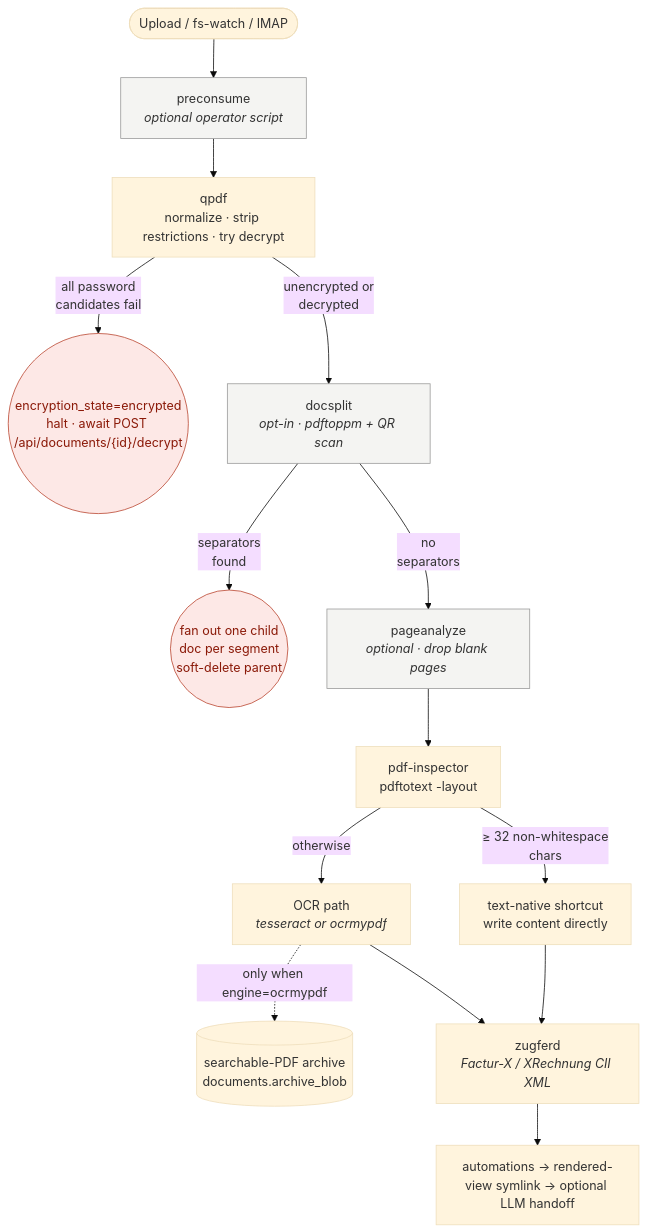
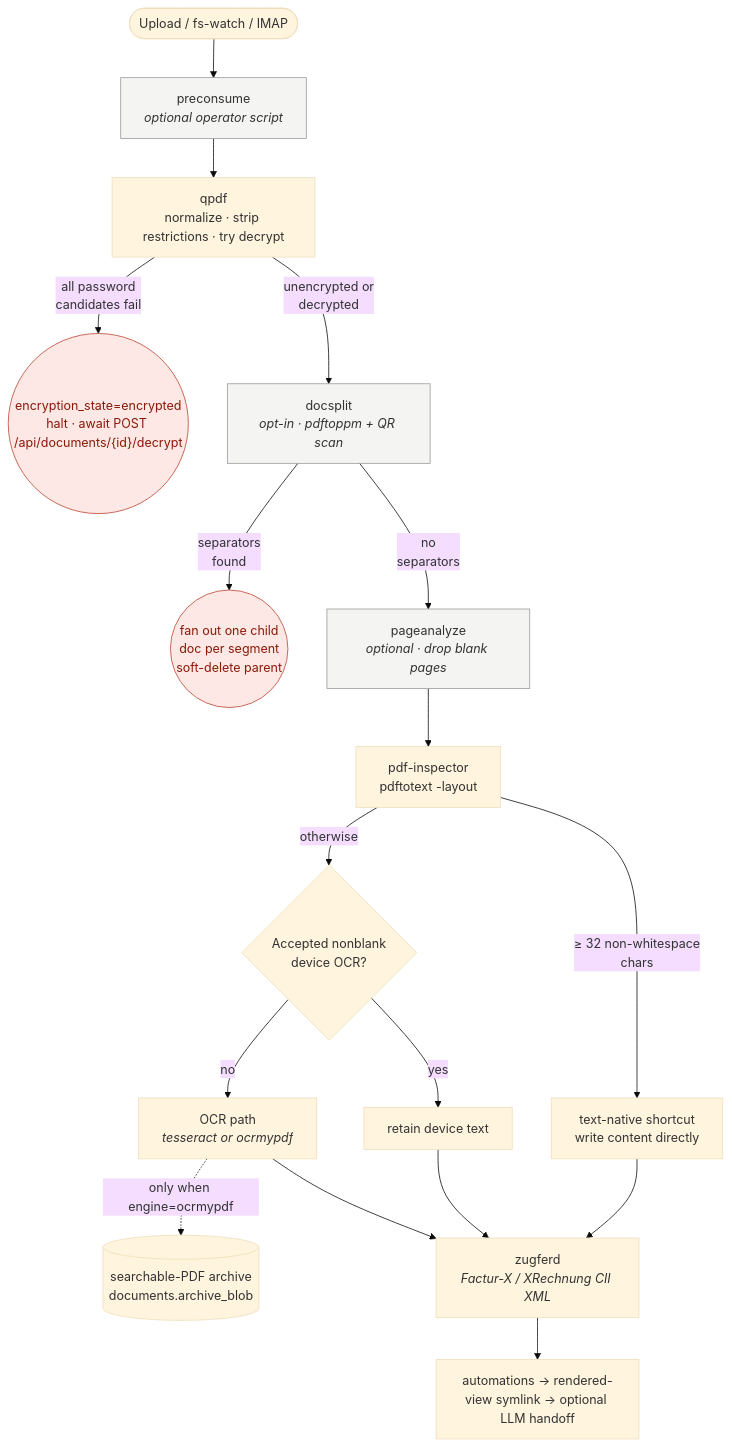
The diagram in docs/formats.mdx (johnnybravo-xyz/suchi), drawn with Mermaid (base theme) before and after one commit. The commit also changed other lines of this file and 4 other files, not shown here.

````diff
--- a/docs/formats.mdx
+++ b/docs/formats.mdx
@@ -42,21 +42,24 @@
 ```mermaid
 flowchart TD
     U([Upload / fs-watch / IMAP]) --> PC[preconsume<br/><i>optional operator script</i>]
     PC --> QPDF[qpdf<br/>normalize · strip restrictions · try decrypt]
     QPDF -- all password<br/>candidates fail --> ENC(("encryption_state=encrypted<br/>halt · await POST /api/documents/{id}/decrypt"))
     QPDF -- unencrypted or<br/>decrypted --> SPLIT[docsplit<br/><i>opt-in · pdftoppm + QR scan</i>]
     SPLIT -- separators<br/>found --> FAN(("fan out one child<br/>doc per segment<br/>soft-delete parent"))
     SPLIT -- no<br/>separators --> BLANK[pageanalyze<br/><i>optional · drop blank pages</i>]
     BLANK --> INSP[pdf-inspector<br/>pdftotext -layout]
     INSP -- ≥ 32 non-whitespace<br/>chars --> TN[text-native shortcut<br/>write content directly]
-    INSP -- otherwise --> OCR[OCR path<br/><i>tesseract or ocrmypdf</i>]
+    INSP -- otherwise --> DEVICE{Accepted nonblank<br/>device OCR?}
+    DEVICE -- yes --> DT[retain device text]
+    DEVICE -- no --> OCR[OCR path<br/><i>tesseract or ocrmypdf</i>]
     OCR -.->|only when engine=ocrmypdf| ARCH[(searchable-PDF archive<br/>documents.archive_blob)]
     TN --> ZUG[zugferd<br/><i>Factur-X / XRechnung CII XML</i>]
+    DT --> ZUG
     OCR --> ZUG
     ZUG --> RULES[automations → rendered-view symlink → optional LLM handoff]
 
     classDef halt fill:#fde8e6,stroke:#b8442e,color:#8b1a09
     classDef optional fill:#f4f4f2,stroke:#999,color:#333
     class ENC,FAN halt
     class PC,SPLIT,BLANK optional
 ```
````
